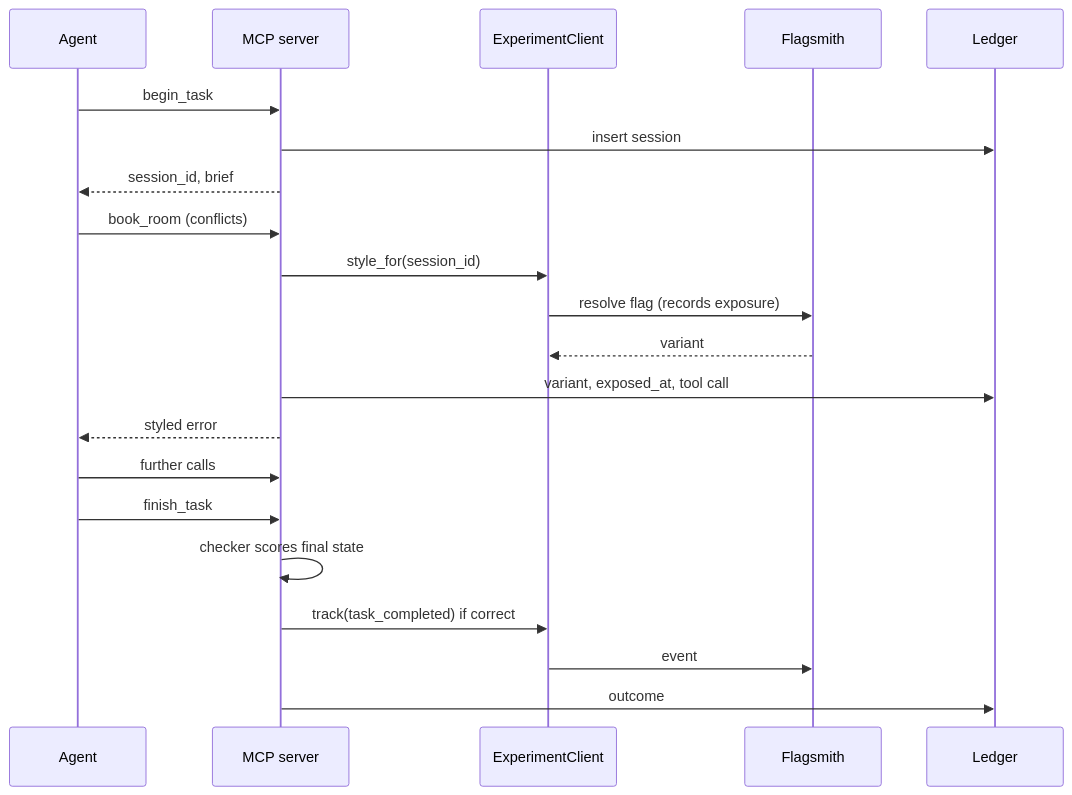
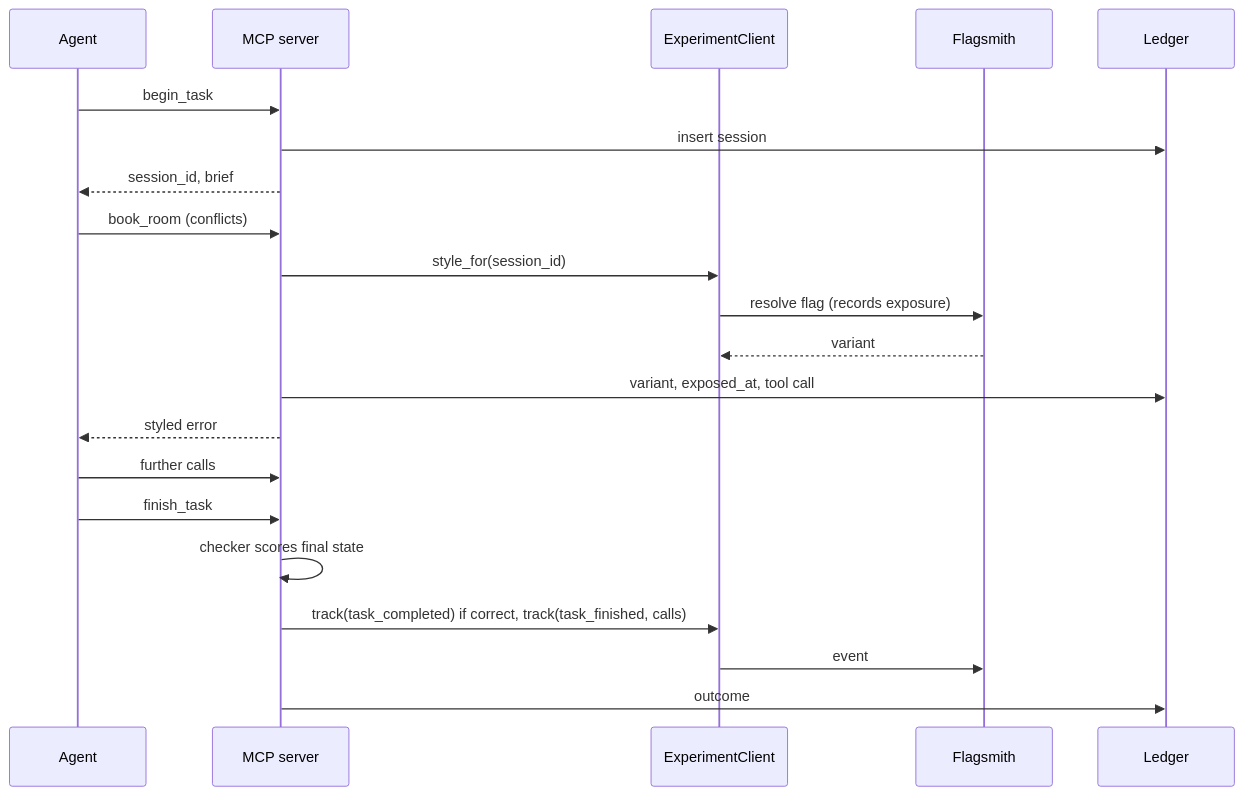
The third of 3 diagrams in docs/02-architecture.md (Ishaan2053/second-audience), drawn with Mermaid before and after one commit. The commit also changed other lines of this file and 31 other files, not shown here.

````diff
--- a/docs/02-architecture.md
+++ b/docs/02-architecture.md
@@ -452,23 +485,23 @@
 ```mermaid
 sequenceDiagram
     participant A as Agent
     participant S as MCP server
     participant E as ExperimentClient
     participant F as Flagsmith
     participant L as Ledger
     A->>S: begin_task
     S->>L: insert session
     S-->>A: session_id, brief
     A->>S: book_room (conflicts)
     S->>E: style_for(session_id)
     E->>F: resolve flag (records exposure)
     F-->>E: variant
     S->>L: variant, exposed_at, tool call
     S-->>A: styled error
     A->>S: further calls
     A->>S: finish_task
     S->>S: checker scores final state
-    S->>E: track(task_completed) if correct
+    S->>E: track(task_completed) if correct, track(task_finished, calls)
     E->>F: event
     S->>L: outcome
 ```
````
